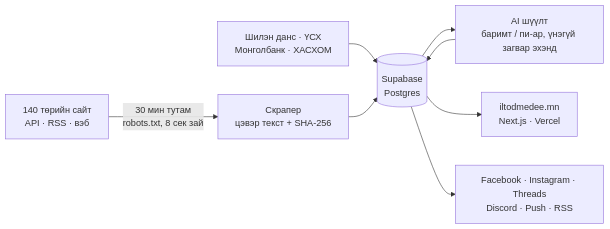
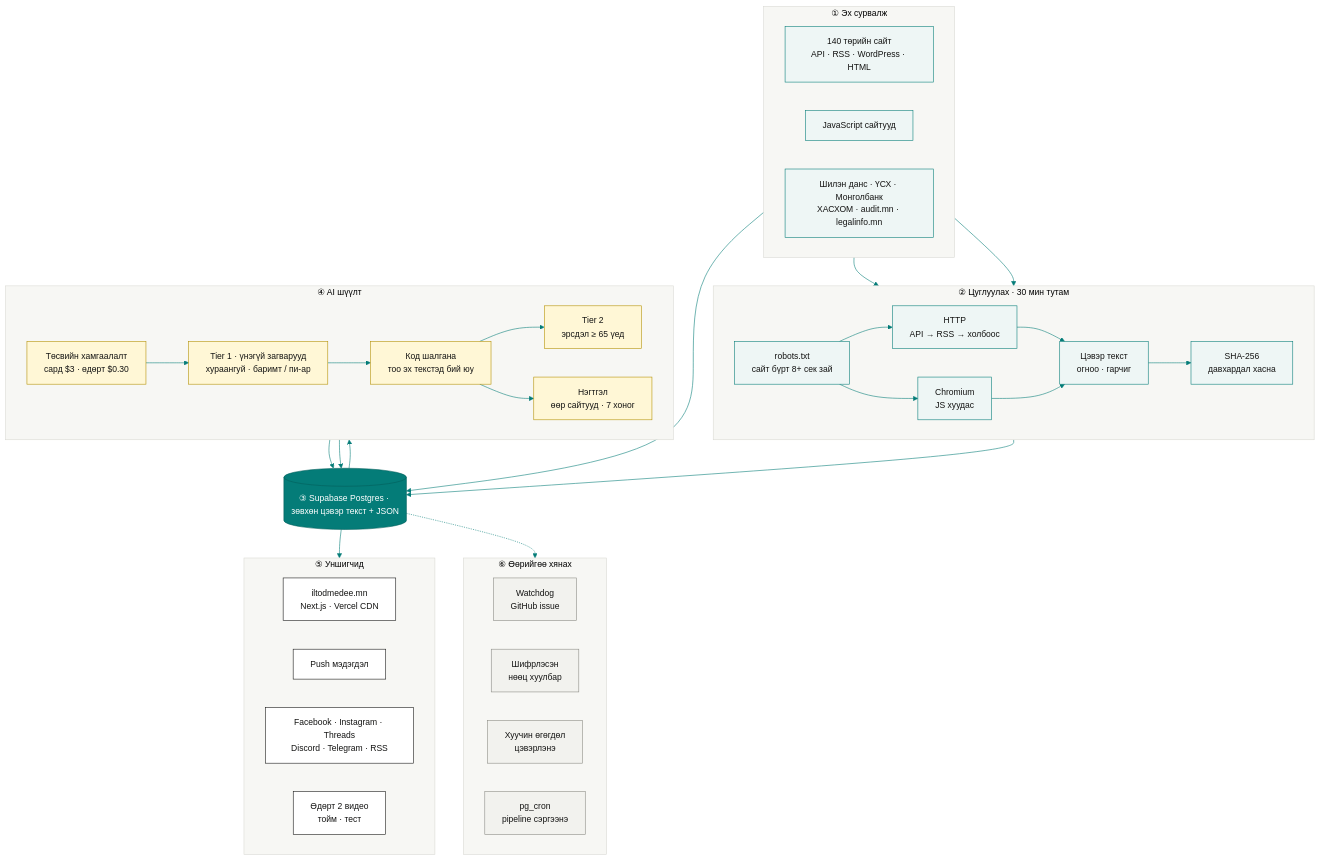
The first of 5 diagrams in README.md (iltodmedee-mn/UNENMEDEE), drawn with Mermaid before and after one commit. The commit also changed other lines of this file, not shown here.

````diff
--- a/README.md
+++ b/README.md
@@ -118,10 +122,72 @@
 ```mermaid
-flowchart LR
-  S["140 төрийн сайт<br/>API · RSS · вэб"] -->|"30 мин тутам<br/>robots.txt, 8 сек зай"| C["Скрапер<br/>цэвэр текст + SHA-256"]
-  O["Шилэн данс · ҮСХ<br/>Монголбанк · ХАСХОМ"] --> D
-  C --> D[("Supabase<br/>Postgres")]
-  D --> A["AI шүүлт<br/>баримт / пи-ар, үнэгүй загвар эхэнд"]
-  A --> D
-  D --> W["iltodmedee.mn<br/>Next.js · Vercel"]
-  D --> P["Facebook · Instagram · Threads<br/>Discord · Push · RSS"]
+%%{init: {"theme": "base", "themeVariables": {"fontFamily": "Inter, system-ui, sans-serif", "fontSize": "15px", "primaryColor": "#ffffff", "primaryTextColor": "#141413", "primaryBorderColor": "#047c78", "lineColor": "#047c78", "clusterBkg": "#f7f7f4", "clusterBorder": "#d9d9d3"}}}%%
+flowchart TB
+  subgraph SRC["① Эх сурвалж"]
+    direction LR
+    GOV["140 төрийн сайт<br/>API · RSS · WordPress · HTML"]
+    JS["JavaScript сайтууд"]
+    CIV["Шилэн данс · ҮСХ · Монголбанк<br/>ХАСХОМ · audit.mn · legalinfo.mn"]
+  end
+
+  subgraph SCR["② Цуглуулах · 30 мин тутам"]
+    direction LR
+    ROB["robots.txt<br/>сайт бүрт 8+ сек зай"]
+    HTTP["HTTP<br/>API → RSS → холбоос"]
+    BRW["Chromium<br/>JS хуудас"]
+    EXT["Цэвэр текст<br/>огноо · гарчиг"]
+    HASH["SHA-256<br/>давхардал хасна"]
+    ROB --> HTTP --> EXT
+    ROB --> BRW --> EXT
+    EXT --> HASH
+  end
+
+  DB[("③ Supabase Postgres · зөвхөн цэвэр текст + JSON")]
+
+  subgraph AI["④ AI шүүлт"]
+    direction LR
+    BUD["Төсвийн хамгаалалт<br/>сард $3 · өдөрт $0.30"]
+    T1["Tier 1 · үнэгүй загварууд<br/>хураангуй · баримт / пи-ар"]
+    CHK["Код шалгана<br/>тоо эх текстэд бий юу"]
+    T2["Tier 2<br/>эрсдэл ≥ 65 үед"]
+    CL["Нэгтгэл<br/>өөр сайтууд · 7 хоног"]
+    BUD --> T1 --> CHK --> T2
+    CHK --> CL
+  end
+
+  subgraph OUT["⑤ Уншигчид"]
+    direction LR
+    WEB["iltodmedee.mn<br/>Next.js · Vercel CDN"]
+    PUSH["Push мэдэгдэл"]
+    SOC["Facebook · Instagram · Threads<br/>Discord · Telegram · RSS"]
+    VID["Өдөрт 2 видео<br/>тойм · тест"]
+  end
+
+  subgraph OPS["⑥ Өөрийгөө хянах"]
+    direction LR
+    WD["Watchdog<br/>GitHub issue"]
+    BK["Шифрлэсэн<br/>нөөц хуулбар"]
+    PR["Хуучин өгөгдөл<br/>цэвэрлэнэ"]
+    FB["pg_cron<br/>pipeline сэргээнэ"]
+  end
+
+  GOV --> ROB
+  JS --> BRW
+  HASH --> DB
+  CIV --> DB
+  DB --> BUD
+  T2 --> DB
+  CL --> DB
+  DB --> OUT
+  DB -.-> OPS
+
+  classDef src fill:#eef6f5,stroke:#047c78,color:#141413
+  classDef ai fill:#fff7d6,stroke:#b38f00,color:#141413
+  classDef out fill:#ffffff,stroke:#141413,color:#141413
+  classDef ops fill:#f2f2ee,stroke:#8a8a84,color:#141413
+  classDef db fill:#047c78,stroke:#035e5b,color:#ffffff
+  class GOV,JS,CIV,ROB,HTTP,BRW,EXT,HASH src
+  class BUD,T1,CHK,T2,CL ai
+  class WEB,PUSH,SOC,VID out
+  class WD,BK,PR,FB ops
+  class DB db
 ```
````
